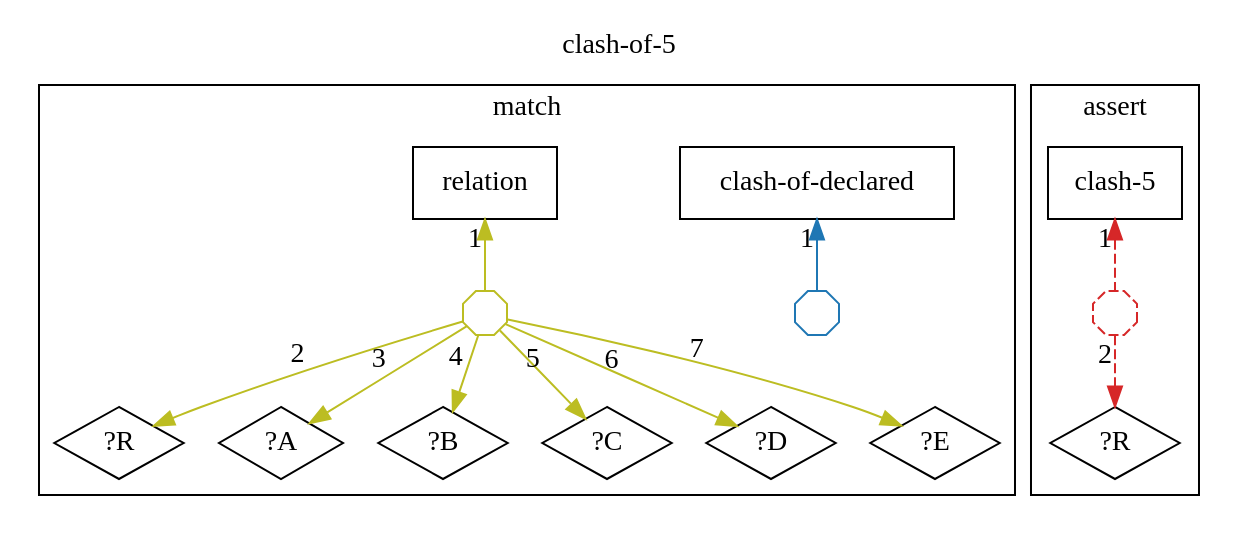
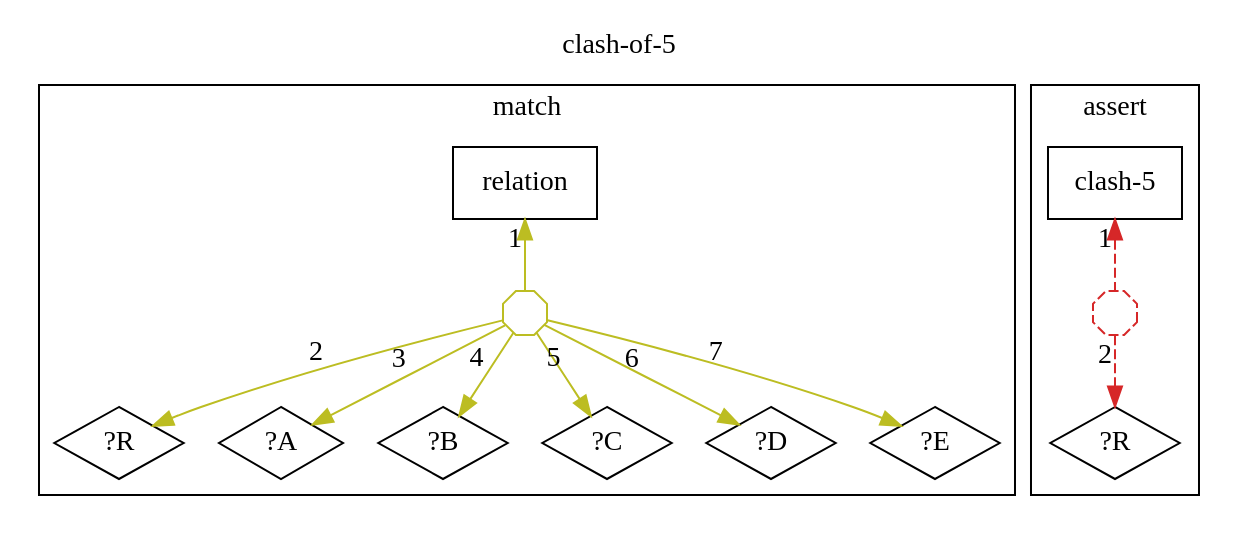
The diagram in docs/ein/user/04-reference/04-stdlib/diagrams/20-std.contradiction.clash-of-5.dot (agutikov/ein), drawn with Graphviz before and after one commit. The commit also changed 141 other files, not shown here.

```diff
--- a/docs/ein/user/04-reference/04-stdlib/diagrams/20-std.contradiction.clash-of-5.dot
+++ b/docs/ein/user/04-reference/04-stdlib/diagrams/20-std.contradiction.clash-of-5.dot
@@ -1,31 +1,28 @@
 digraph rule_clash_of_5_lhs_rhs {
   rankdir=TB;
   label="clash-of-5"; labelloc=t;
   subgraph cluster_lhs { label="match";
-    "clash-of-declared_L" [label="clash-of-declared", shape=box];
     "relation_L" [label="relation", shape=box];
     "?R_L" [label="?R", shape=diamond];
     "?A_L" [label="?A", shape=diamond];
     "?B_L" [label="?B", shape=diamond];
     "?C_L" [label="?C", shape=diamond];
     "?D_L" [label="?D", shape=diamond];
     "?E_L" [label="?E", shape=diamond];
-    "h1_clash-of-declared_L" [shape=octagon, label="", width=0.3, height=0.3, fixedsize=true, color="#1f77b4"];
-    "clash-of-declared_L" -> "h1_clash-of-declared_L" [xlabel="1", dir=back, color="#1f77b4"];
-    "h2_relation_L" [shape=octagon, label="", width=0.3, height=0.3, fixedsize=true, color="#bcbd22"];
-    "relation_L" -> "h2_relation_L" [xlabel="1", dir=back, color="#bcbd22"];
-    "h2_relation_L" -> "?R_L" [xlabel="2", color="#bcbd22"];
-    "h2_relation_L" -> "?A_L" [xlabel="3", color="#bcbd22"];
-    "h2_relation_L" -> "?B_L" [xlabel="4", color="#bcbd22"];
-    "h2_relation_L" -> "?C_L" [xlabel="5", color="#bcbd22"];
-    "h2_relation_L" -> "?D_L" [xlabel="6", color="#bcbd22"];
-    "h2_relation_L" -> "?E_L" [xlabel="7", color="#bcbd22"];
+    "h1_relation_L" [shape=octagon, label="", width=0.3, height=0.3, fixedsize=true, color="#bcbd22"];
+    "relation_L" -> "h1_relation_L" [xlabel="1", dir=back, color="#bcbd22"];
+    "h1_relation_L" -> "?R_L" [xlabel="2", color="#bcbd22"];
+    "h1_relation_L" -> "?A_L" [xlabel="3", color="#bcbd22"];
+    "h1_relation_L" -> "?B_L" [xlabel="4", color="#bcbd22"];
+    "h1_relation_L" -> "?C_L" [xlabel="5", color="#bcbd22"];
+    "h1_relation_L" -> "?D_L" [xlabel="6", color="#bcbd22"];
+    "h1_relation_L" -> "?E_L" [xlabel="7", color="#bcbd22"];
   }
   subgraph cluster_rhs { label="assert";
     "clash-5_R" [label="clash-5", shape=box];
     "?R_R" [label="?R", shape=diamond];
-    "h3_clash-5_R" [shape=octagon, label="", width=0.3, height=0.3, fixedsize=true, color="#d62728", style=dashed];
-    "clash-5_R" -> "h3_clash-5_R" [xlabel="1", dir=back, color="#d62728", style=dashed];
-    "h3_clash-5_R" -> "?R_R" [xlabel="2", color="#d62728", style=dashed];
+    "h2_clash-5_R" [shape=octagon, label="", width=0.3, height=0.3, fixedsize=true, color="#d62728", style=dashed];
+    "clash-5_R" -> "h2_clash-5_R" [xlabel="1", dir=back, color="#d62728", style=dashed];
+    "h2_clash-5_R" -> "?R_R" [xlabel="2", color="#d62728", style=dashed];
   }
 }
```
